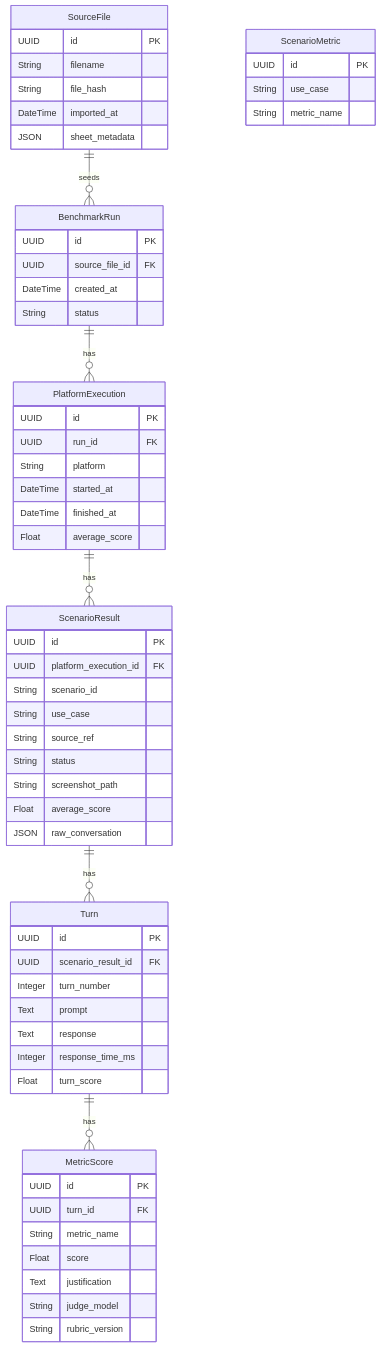
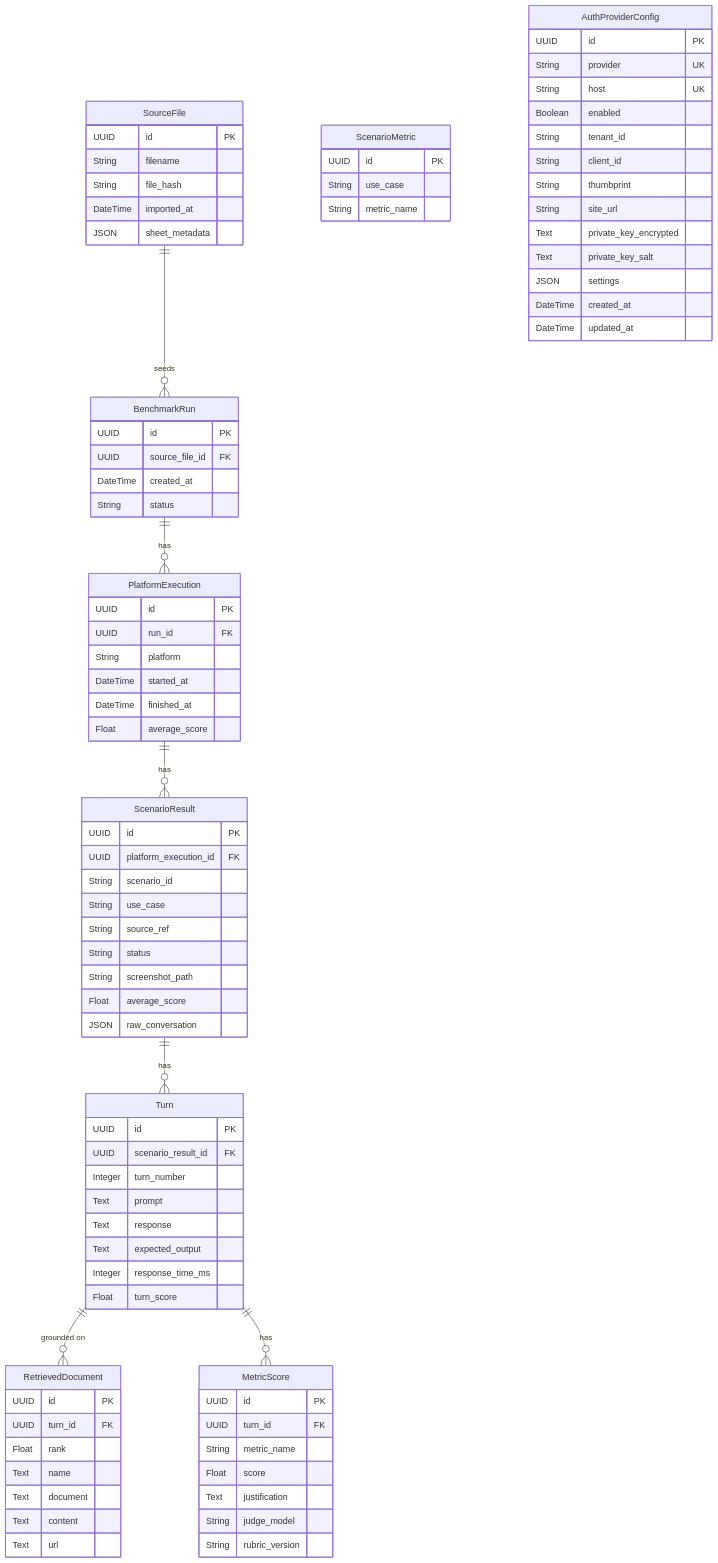
One commit to jmanuelc87/scorekeeper changed the diagram in docs/data-model.md. Above: the diagram before and after it, drawn with Mermaid. The commit also changed other lines of this file and 57 other files, not shown here.

First line of the commit message:
Add retrieved-context pipeline with DB-backed auth provider taxonomy

````diff
--- a/docs/data-model.md
+++ b/docs/data-model.md
@@ -81,8 +81,19 @@
         Integer turn_number
         Text prompt
         Text response
+        Text expected_output
         Integer response_time_ms
         Float turn_score
+    }
+
+    RetrievedDocument {
+        UUID id PK
+        UUID turn_id FK
+        Float rank
+        Text name
+        Text document
+        Text content
+        Text url
     }
 
     MetricScore {
@@ -101,9 +112,26 @@
         String metric_name
     }
 
+    AuthProviderConfig {
+        UUID id PK
+        String provider UK
+        String host UK
+        Boolean enabled
+        String tenant_id
+        String client_id
+        String thumbprint
+        String site_url
+        Text private_key_encrypted
+        Text private_key_salt
+        JSON settings
+        DateTime created_at
+        DateTime updated_at
+    }
+
     SourceFile ||--o{ BenchmarkRun : "seeds"
     BenchmarkRun ||--o{ PlatformExecution : "has"
     PlatformExecution ||--o{ ScenarioResult : "has"
     ScenarioResult ||--o{ Turn : "has"
+    Turn ||--o{ RetrievedDocument : "grounded on"
     Turn ||--o{ MetricScore : "has"
 ```
````
